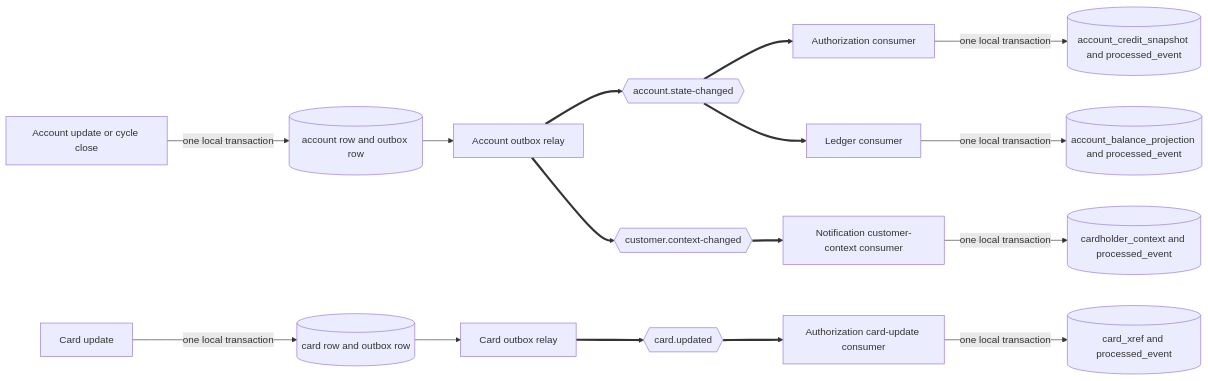
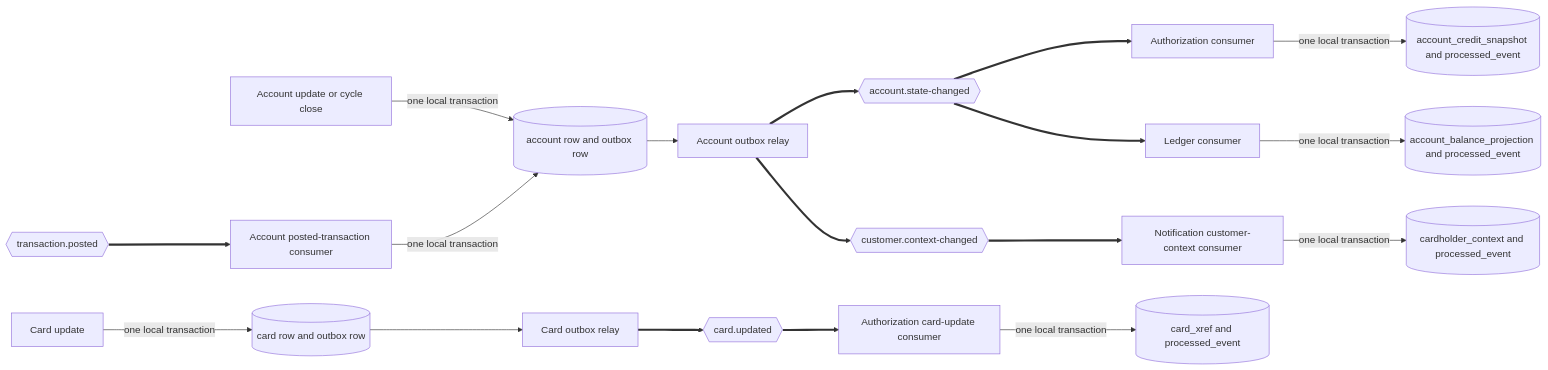
One commit to blitzy-public-samples/aws-carddemo-blitzy changed the second of 3 diagrams in card-platform/docs/event-flow.md. Above: the diagram before and after it, drawn with Mermaid. The commit also changed other lines of this file and 85 other files, not shown here.

First line of the commit message:
Carry the posted amount back to the account record, and key a marker on its topic

````diff
--- a/card-platform/docs/event-flow.md
+++ b/card-platform/docs/event-flow.md
@@ -222,38 +248,42 @@
 ```mermaid
 graph LR
     AAPI["Account update or cycle close"]
+    PTOPIC{{"transaction.posted"}}
+    APOST["Account posted-transaction consumer"]
     ADB[("account row and outbox row")]
     ARELAY["Account outbox relay"]
     ATOPIC{{"account.state-changed"}}
     ACON["Authorization consumer"]
     PROJ[("account_credit_snapshot and processed_event")]
     LCON["Ledger consumer"]
     LPROJ[("account_balance_projection and processed_event")]
     CTXTOPIC{{"customer.context-changed"}}
     NCON["Notification customer-context consumer"]
     NCTX[("cardholder_context and processed_event")]
 
     CAPI["Card update"]
     CDB[("card row and outbox row")]
     CRELAY["Card outbox relay"]
     CTOPIC{{"card.updated"}}
     CCON["Authorization card-update consumer"]
     XREF[("card_xref and processed_event")]
 
     AAPI -->|"one local transaction"| ADB
+    PTOPIC ==> APOST
+    APOST -->|"one local transaction"| ADB
     ADB --> ARELAY
     ARELAY ==> ATOPIC
     ARELAY ==> CTXTOPIC
     ATOPIC ==> ACON
     ACON -->|"one local transaction"| PROJ
     ATOPIC ==> LCON
     LCON -->|"one local transaction"| LPROJ
     CTXTOPIC ==> NCON
     NCON -->|"one local transaction"| NCTX
 
     CAPI -->|"one local transaction"| CDB
     CDB --> CRELAY
     CRELAY ==> CTOPIC
     CTOPIC ==> CCON
     CCON -->|"one local transaction"| XREF
 ```
````
